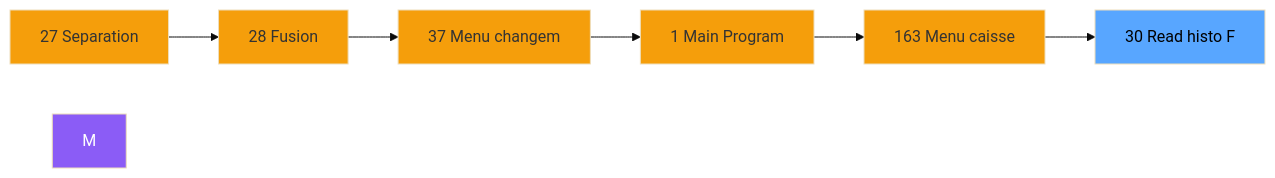
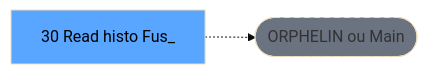
One commit to thonyAGP/lecteur-magic changed the second of 3 diagrams in .openspec/renders/ADH-IDE-30.md. Above: the diagram before and after it, drawn with Mermaid (base theme). The commit also changed other lines of this file and 701 other files, not shown here.

````diff
--- a/.openspec/renders/ADH-IDE-30.md
+++ b/.openspec/renders/ADH-IDE-30.md
@@ -123,21 +121,8 @@
 ```mermaid
 graph LR
-    N27[27 Separation]
-    N28[28 Fusion]
-    N37[37 Menu changem]
-    N1[1 Main Program]
-    N163[163 Menu caisse ]
-    T[30 Read histo F]
-    N27 --> N28
-    N28 --> N37
-    N37 --> N1
-    N1 --> N163
-    N163 --> T
-    style M fill:#8b5cf6,color:#fff
-    style N27 fill:#f59e0b
-    style N28 fill:#f59e0b
-    style N37 fill:#f59e0b
-    style N1 fill:#f59e0b
-    style N163 fill:#f59e0b
+    T[30 Read histo Fus_]
+    ORPHAN([ORPHELIN ou Main])
+    T -.-> ORPHAN
     style T fill:#58a6ff,color:#000
+    style ORPHAN fill:#6b7280,stroke-dasharray: 5 5
 ```
````
